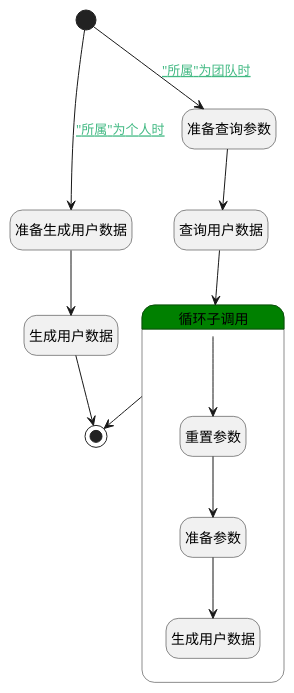
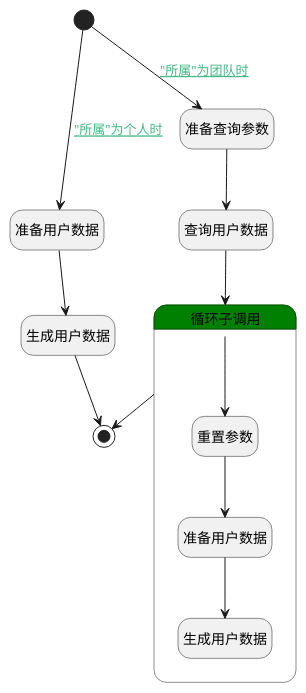
The diagram in doc/docsify/module/Wiki/space/logic/auto_create_members.md (iBizLab/plm), drawn with PlantUML before and after one commit. The commit also changed other lines of this file and 1068 other files, not shown here.

````diff
--- a/doc/docsify/module/Wiki/space/logic/auto_create_members.md
+++ b/doc/docsify/module/Wiki/space/logic/auto_create_members.md
@@ -7,37 +7,37 @@
 ```plantuml
 @startuml
 hide empty description
 <style>
 root {
   HyperlinkColor #42b983
 }
 </style>
 
 hide empty description
 state "开始" as Begin <<start>> [[$./auto_create_members#begin {"开始"}]]
-state "准备生成用户数据" as PREPAREPARAM3  [[$./auto_create_members#prepareparam3 {"准备生成用户数据"}]]
+state "准备用户数据" as PREPAREPARAM3  [[$./auto_create_members#prepareparam3 {"准备用户数据"}]]
 state "准备查询参数" as PREPAREPARAM2  [[$./auto_create_members#prepareparam2 {"准备查询参数"}]]
 state "生成用户数据" as DEACTION2  [[$./auto_create_members#deaction2 {"生成用户数据"}]]
 state "查询用户数据" as DEDATASET1  [[$./auto_create_members#dedataset1 {"查询用户数据"}]]
 state "结束" as END1 <<end>> [[$./auto_create_members#end1 {"结束"}]]
 state "循环子调用" as LOOPSUBCALL1  [[$./auto_create_members#loopsubcall1 {"循环子调用"}]] #green {
 state "重置参数" as RESETPARAM1  [[$./auto_create_members#resetparam1 {"重置参数"}]]
-state "准备参数" as PREPAREPARAM4  [[$./auto_create_members#prepareparam4 {"准备参数"}]]
+state "准备用户数据" as PREPAREPARAM4  [[$./auto_create_members#prepareparam4 {"准备用户数据"}]]
 state "生成用户数据" as DEACTION3  [[$./auto_create_members#deaction3 {"生成用户数据"}]]
 }
 
 
 Begin --> PREPAREPARAM3 : [[$./auto_create_members#begin-prepareparam3{"所属"为个人时} "所属"为个人时]]
 PREPAREPARAM3 --> DEACTION2
 DEACTION2 --> END1
 Begin --> PREPAREPARAM2 : [[$./auto_create_members#begin-prepareparam2{"所属"为团队时} "所属"为团队时]]
 PREPAREPARAM2 --> DEDATASET1
 DEDATASET1 --> LOOPSUBCALL1
 LOOPSUBCALL1 --> RESETPARAM1
 RESETPARAM1 --> PREPAREPARAM4
 PREPAREPARAM4 --> DEACTION3
 LOOPSUBCALL1 --> END1
 
 
 @enduml
 ```
````
